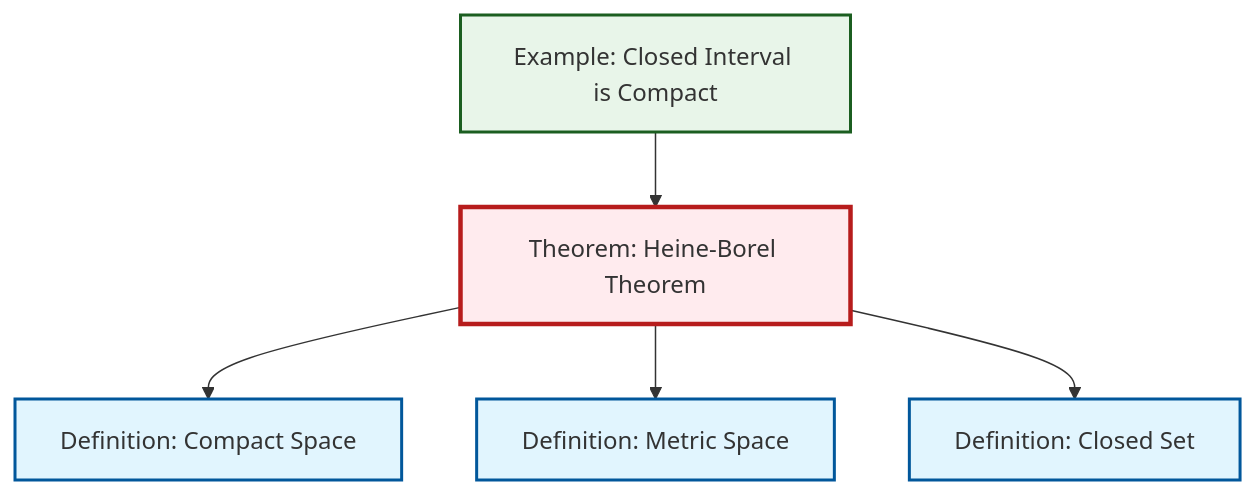
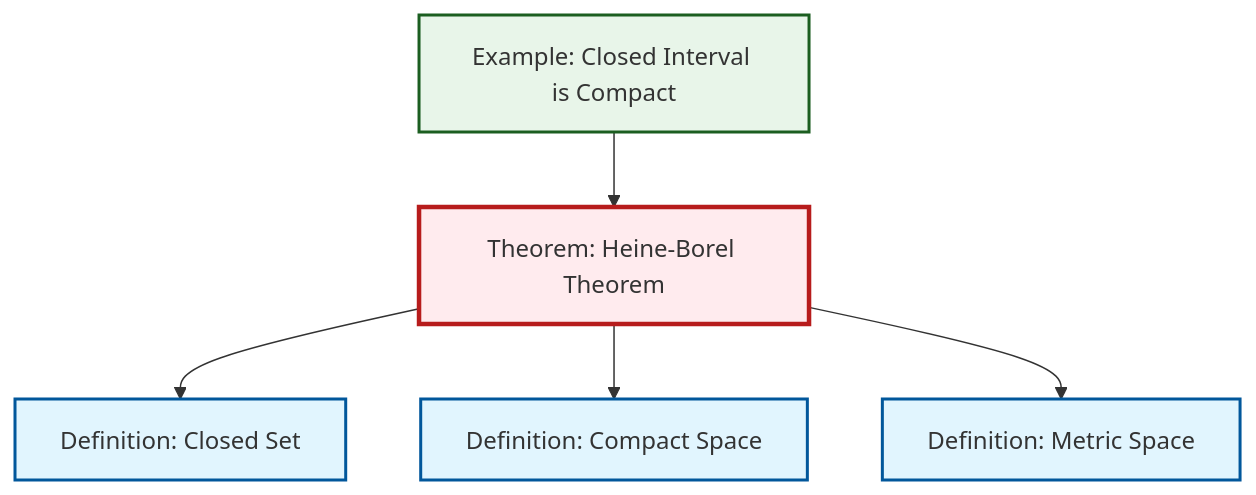
The diagram in content/ja/topology/thm-heine-borel.qmd (RK0429/ModernMath), drawn with Mermaid before and after one commit. The commit also changed other lines of this file and 554 other files, not shown here.

````diff
--- a/content/ja/topology/thm-heine-borel.qmd
+++ b/content/ja/topology/thm-heine-borel.qmd
@@ -49,23 +49,23 @@
 ```{mermaid}
 %%| fig-cap: "Local dependency graph"
 graph TD
     classDef definition fill:#e1f5fe,stroke:#01579b,stroke-width:2px
     classDef theorem fill:#f3e5f5,stroke:#4a148c,stroke-width:2px
     classDef axiom fill:#fff3e0,stroke:#e65100,stroke-width:2px
     classDef example fill:#e8f5e9,stroke:#1b5e20,stroke-width:2px
     classDef current fill:#ffebee,stroke:#b71c1c,stroke-width:3px
+    thm-heine-borel["Theorem: Heine-Borel Theorem"]:::theorem
+    def-compact["Definition: Compact Space"]:::definition
+    def-closed-set["Definition: Closed Set"]:::definition
     def-metric-space["Definition: Metric Space"]:::definition
-    def-compact["Definition: Compact Space"]:::definition
     ex-closed-interval-compact["Example: Closed Interval is Compact"]:::example
-    def-closed-set["Definition: Closed Set"]:::definition
-    thm-heine-borel["Theorem: Heine-Borel Theorem"]:::theorem
     ex-closed-interval-compact --> thm-heine-borel
+    thm-heine-borel --> def-closed-set
     thm-heine-borel --> def-compact
     thm-heine-borel --> def-metric-space
-    thm-heine-borel --> def-closed-set
     class thm-heine-borel current
+    click def-compact "def-compact.html" "Definition: Compact Spaceへ"
+    click def-closed-set "def-closed-set.html" "Definition: Closed Setへ"
     click def-metric-space "def-metric-space.html" "Definition: Metric Spaceへ"
-    click def-compact "def-compact.html" "Definition: Compact Spaceへ"
     click ex-closed-interval-compact "ex-closed-interval-compact.html" "Example: Closed Interval is Compactへ"
-    click def-closed-set "def-closed-set.html" "Definition: Closed Setへ"
 ```
````
